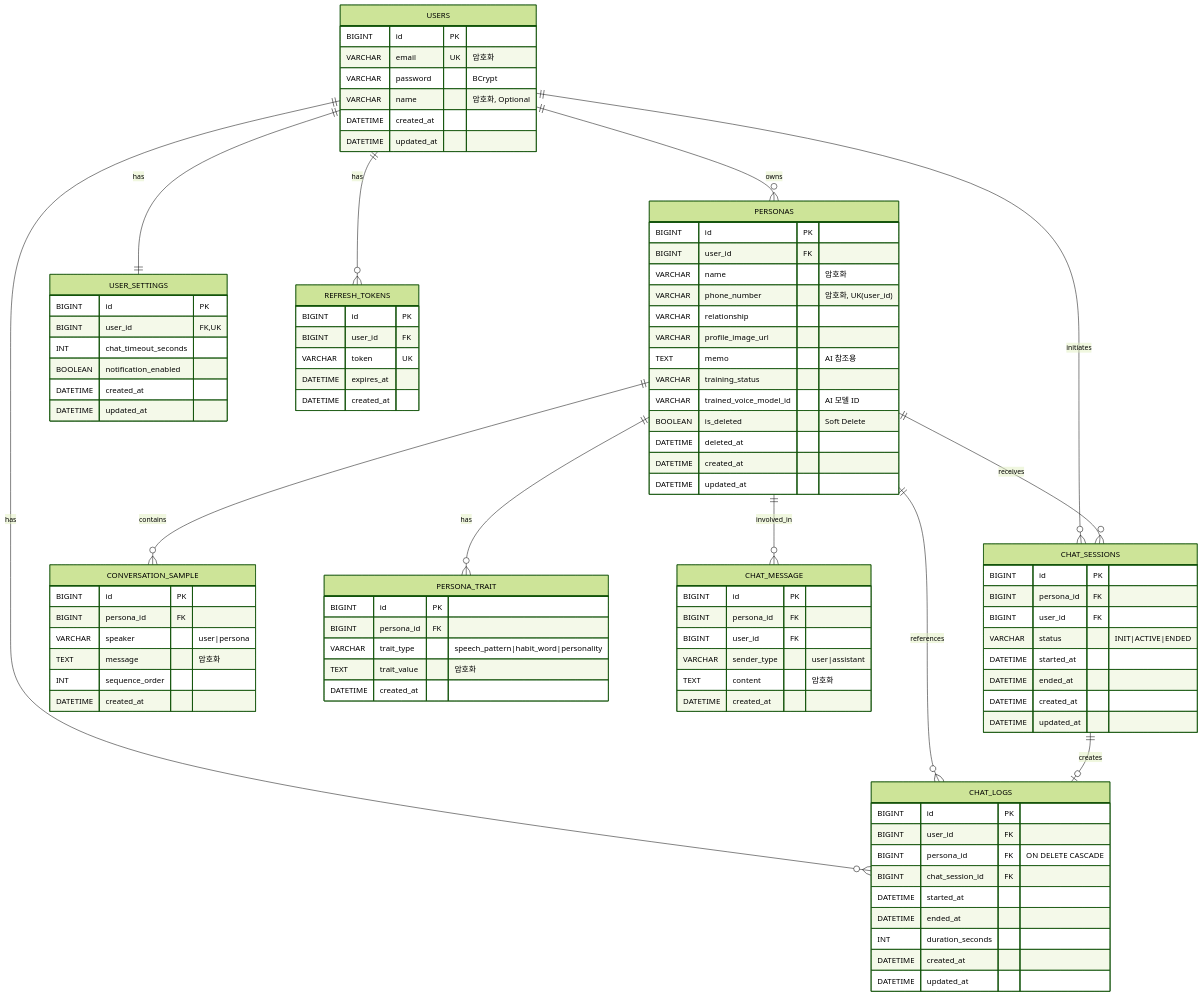
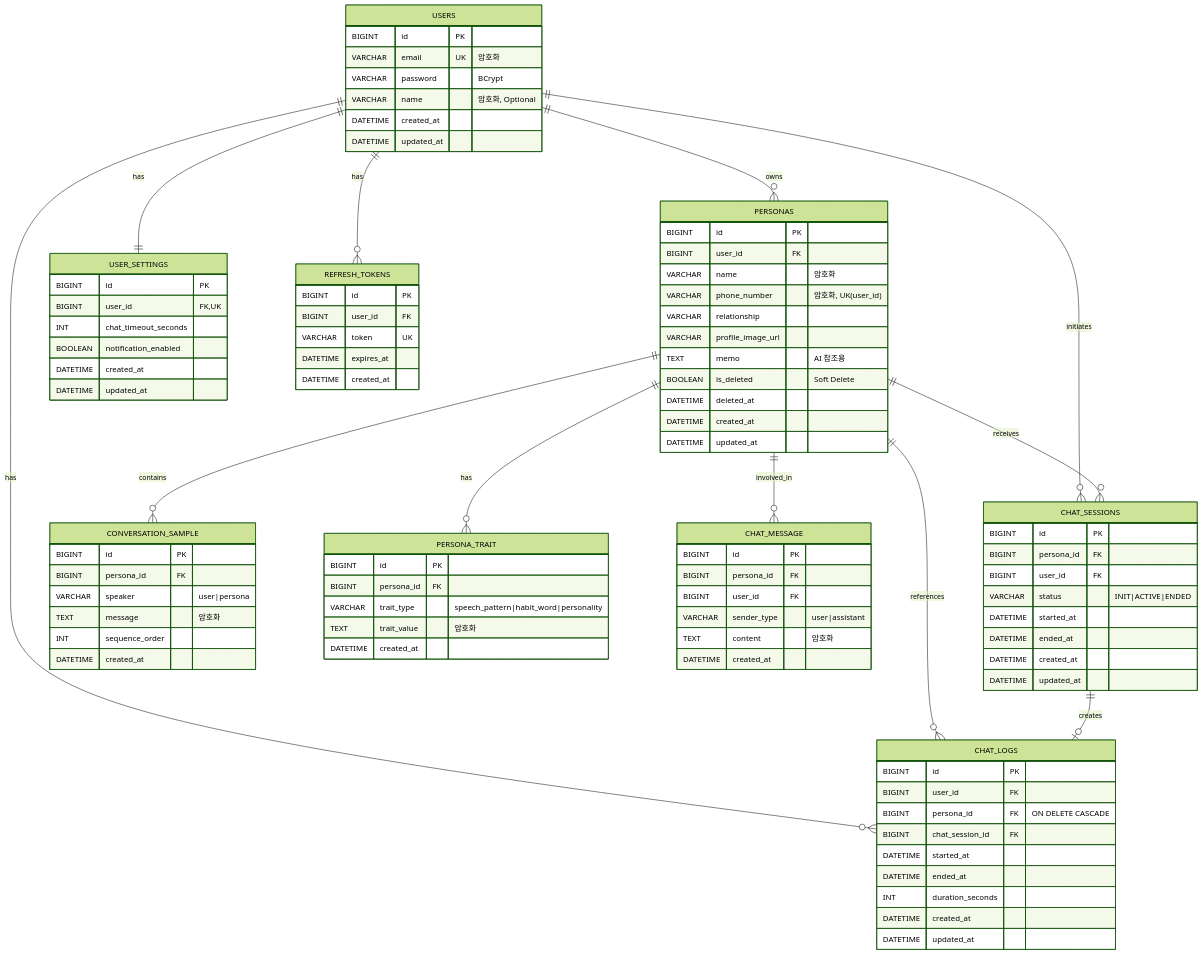
The diagram in backend/docs/DATABASE_SCHEMA.md (hyunil-cho/dot), drawn with Mermaid (forest theme) before and after one commit. The commit also changed other lines of this file and 5 other files, not shown here.

```diff
--- a/backend/docs/DATABASE_SCHEMA.md
+++ b/backend/docs/DATABASE_SCHEMA.md
@@ -44,8 +44,6 @@
         VARCHAR relationship
         VARCHAR profile_image_url
         TEXT memo "AI 참조용"
-        VARCHAR training_status
-        VARCHAR trained_voice_model_id "AI 모델 ID"
         BOOLEAN is_deleted "Soft Delete"
         DATETIME deleted_at
         DATETIME created_at
```
